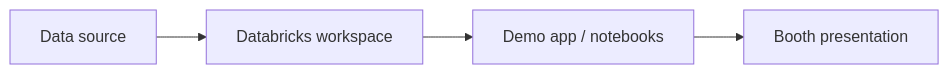
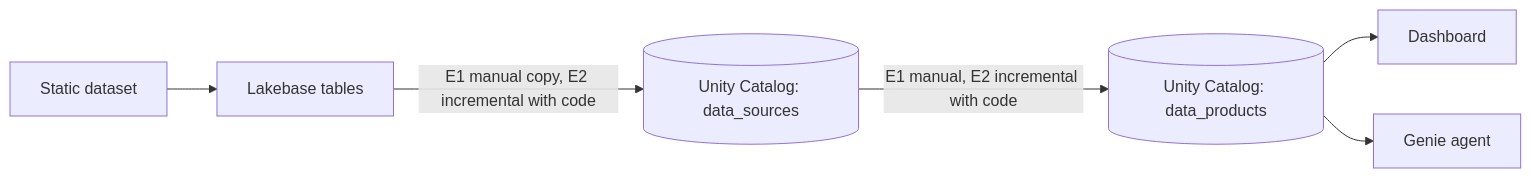
One commit to greeshmapl5/fincrime-genie-demo changed the diagram in docs/architecture.md. Above: the diagram before and after it, drawn with Mermaid. The commit also changed other lines of this file and 8 other files, not shown here.

````diff
--- a/docs/architecture.md
+++ b/docs/architecture.md
@@ -8,6 +6,8 @@
 ```mermaid
 flowchart LR
-    A[Data source] --> B[Databricks workspace]
-    B --> C[Demo app / notebooks]
-    C --> D[Booth presentation]
+    A[Static dataset] --> B[Lakebase tables]
+    B -->|E1 manual copy, E2 incremental with code| C[(Unity Catalog: data_sources)]
+    C -->|E1 manual, E2 incremental with code| D[(Unity Catalog: data_products)]
+    D --> E[Dashboard]
+    D --> F[Genie agent]
 ```
````
